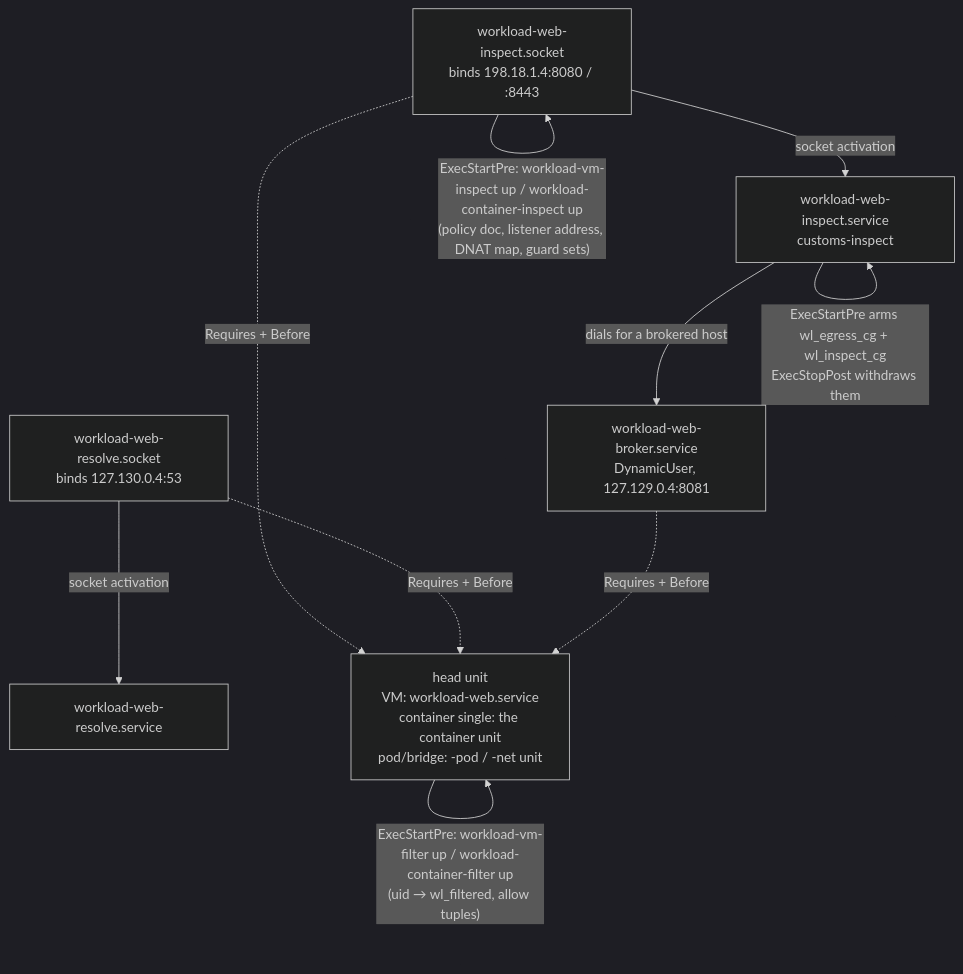
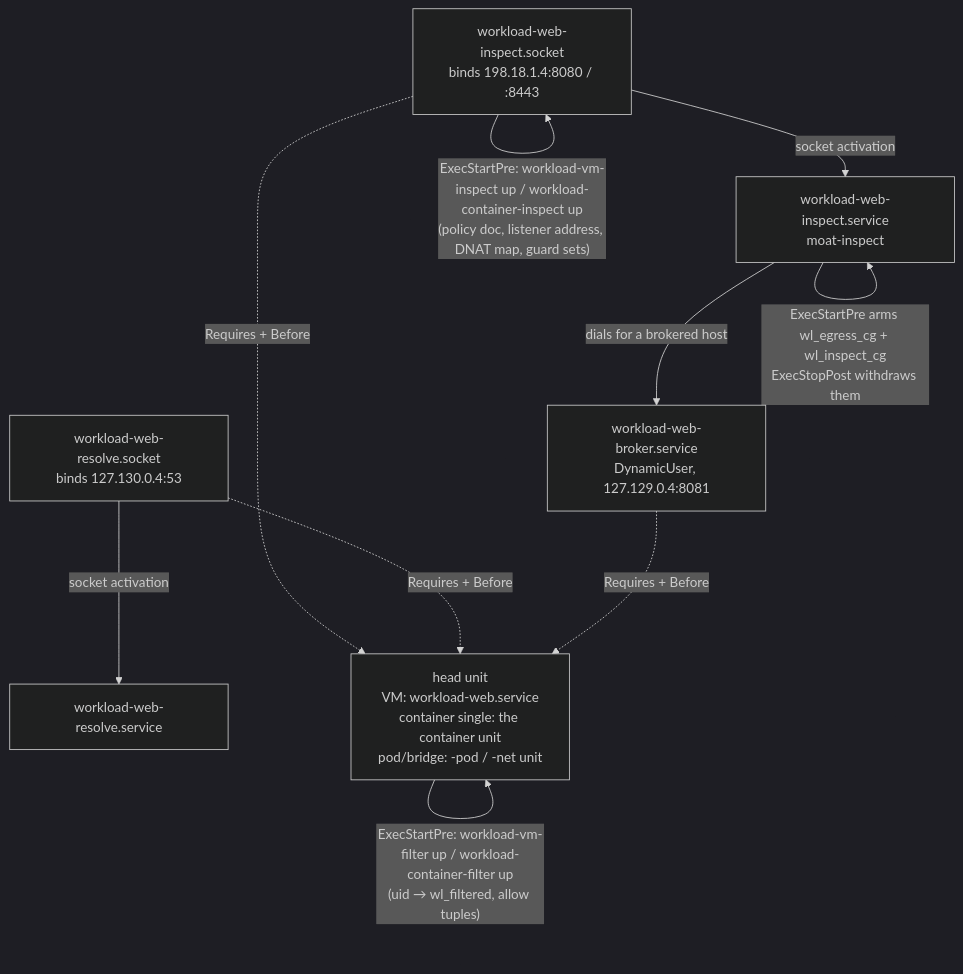
The third of 7 diagrams in docs/egress-and-broker-architecture.md (BenSmith/workloadctl), drawn with Mermaid (dark theme) before and after one commit. The commit also changed other lines of this file and 71 other files, not shown here.

First line of the commit message:
moatery 0.6.0: customs renamed; programs moat-*, normalize_hostname

````diff
--- a/docs/egress-and-broker-architecture.md
+++ b/docs/egress-and-broker-architecture.md
@@ -101,20 +101,20 @@
 ```mermaid
 flowchart TD
   IS["workload-web-inspect.socket<br/>binds 198.18.1.4:8080 / :8443"]
   RS["workload-web-resolve.socket<br/>binds 127.130.0.4:53"]
-  ISVC["workload-web-inspect.service<br/>customs-inspect"]
+  ISVC["workload-web-inspect.service<br/>moat-inspect"]
   RSVC["workload-web-resolve.service"]
   BR["workload-web-broker.service<br/>DynamicUser, 127.129.0.4:8081"]
   HEAD["head unit<br/>VM: workload-web.service<br/>container single: the container unit<br/>pod/bridge: -pod / -net unit"]
 
   IS -- "ExecStartPre: workload-vm-inspect up / workload-container-inspect up<br/>(policy doc, listener address, DNAT map, guard sets)" --> IS
   HEAD -- "ExecStartPre: workload-vm-filter up / workload-container-filter up<br/>(uid → wl_filtered, allow tuples)" --> HEAD
 
   IS -.->|Requires + Before| HEAD
   RS -.->|Requires + Before| HEAD
   BR -.->|Requires + Before| HEAD
   IS -->|socket activation| ISVC
   RS -->|socket activation| RSVC
   ISVC -- "ExecStartPre arms wl_egress_cg + wl_inspect_cg<br/>ExecStopPost withdraws them" --> ISVC
   ISVC -->|dials for a brokered host| BR
 ```
````
